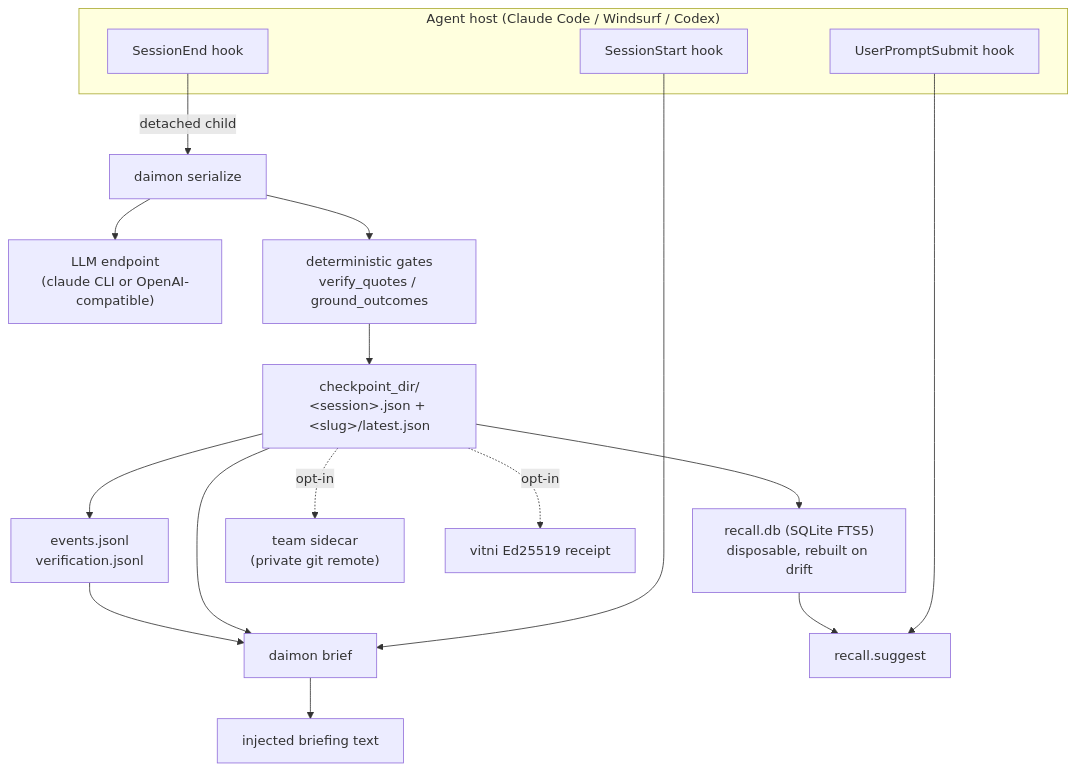
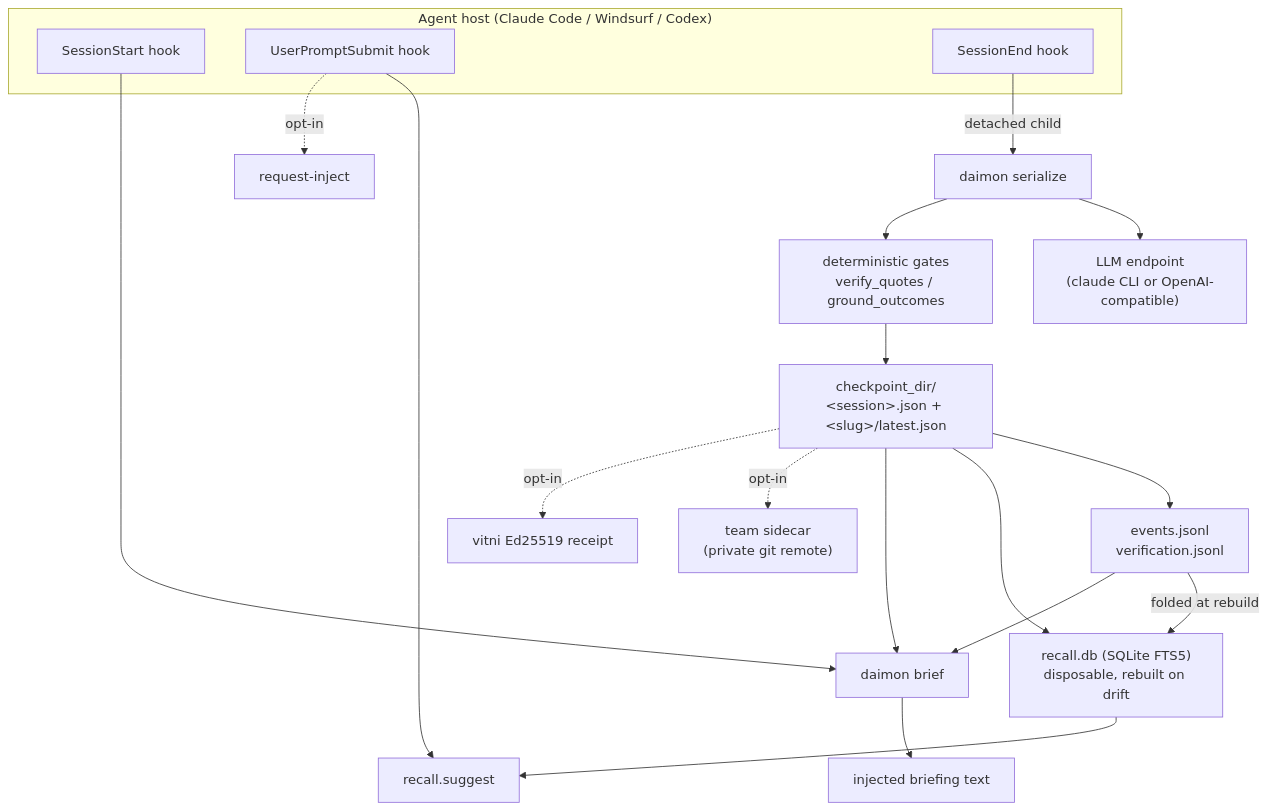
The second of 2 diagrams in content/systems/daimon.md (neoneye/agent-memory-atlas), drawn with Mermaid before and after one commit. The commit also changed other lines of this file and 15 other files, not shown here.

````diff
--- a/content/systems/daimon.md
+++ b/content/systems/daimon.md
@@ -345,23 +360,25 @@
 ```mermaid
 %% caption: the checkpoint files are authoritative and the FTS5 index is disposable and rebuilt on drift, with the team sidecar and the signed receipt both opt-in
 flowchart TD
     subgraph Host["Agent host (Claude Code / Windsurf / Codex)"]
         SS["SessionStart hook"]
         UPS["UserPromptSubmit hook"]
         SE["SessionEnd hook"]
     end
     SE -->|"detached child"| SER["daimon serialize"]
     SER --> LLM["LLM endpoint<br/>(claude CLI or OpenAI-compatible)"]
     SER --> GATES["deterministic gates<br/>verify_quotes / ground_outcomes"]
     GATES --> STORE["checkpoint_dir/<br/>&lt;session&gt;.json + &lt;slug&gt;/latest.json"]
     STORE --> EV["events.jsonl<br/>verification.jsonl"]
     STORE --> IDX["recall.db (SQLite FTS5)<br/>disposable, rebuilt on drift"]
+    EV -->|"folded at rebuild"| IDX
     SS --> BRIEF["daimon brief"]
     STORE --> BRIEF
     EV --> BRIEF
     BRIEF --> INJ["injected briefing text"]
     UPS --> SUG["recall.suggest"]
+    UPS -.->|"opt-in"| DLV["request-inject"]
     IDX --> SUG
     STORE -.->|"opt-in"| TEAM["team sidecar<br/>(private git remote)"]
     STORE -.->|"opt-in"| RCPT["vitni Ed25519 receipt"]
 ```
````
